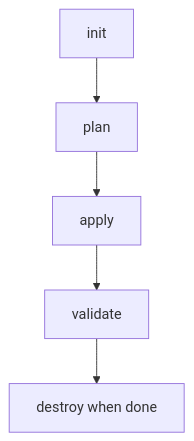
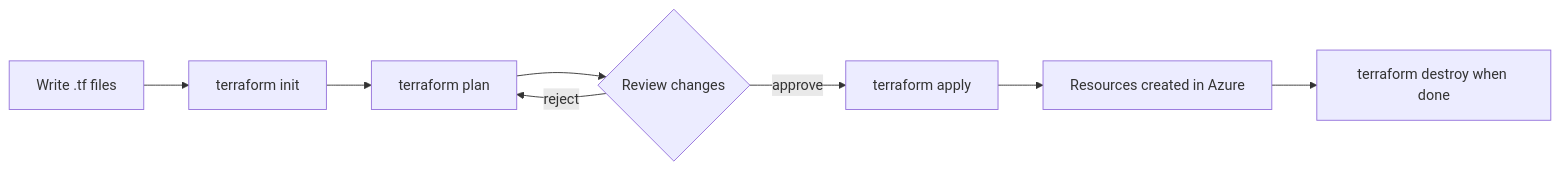
One commit to Cloud2BR-TEC/ai-academy-101-ml changed the diagram in docs/modules/07-terraform-foundations.md. Above: the diagram before and after it, drawn with Mermaid. The commit also changed other lines of this file and 18 other files, not shown here.

````diff
--- a/docs/modules/07-terraform-foundations.md
+++ b/docs/modules/07-terraform-foundations.md
@@ -29,7 +23,10 @@
 ```mermaid
-graph TD
-    A[init] --> B[plan]
-    B --> C[apply]
-    C --> D[validate]
-    D --> E[destroy when done]
+flowchart LR
+    A[Write .tf files] --> B[terraform init]
+    B --> C[terraform plan]
+    C --> D{Review changes}
+    D -->|approve| E[terraform apply]
+    D -->|reject| C
+    E --> F[Resources created in Azure]
+    F --> G[terraform destroy when done]
 ```
````
